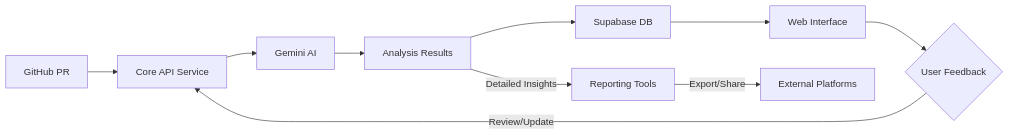
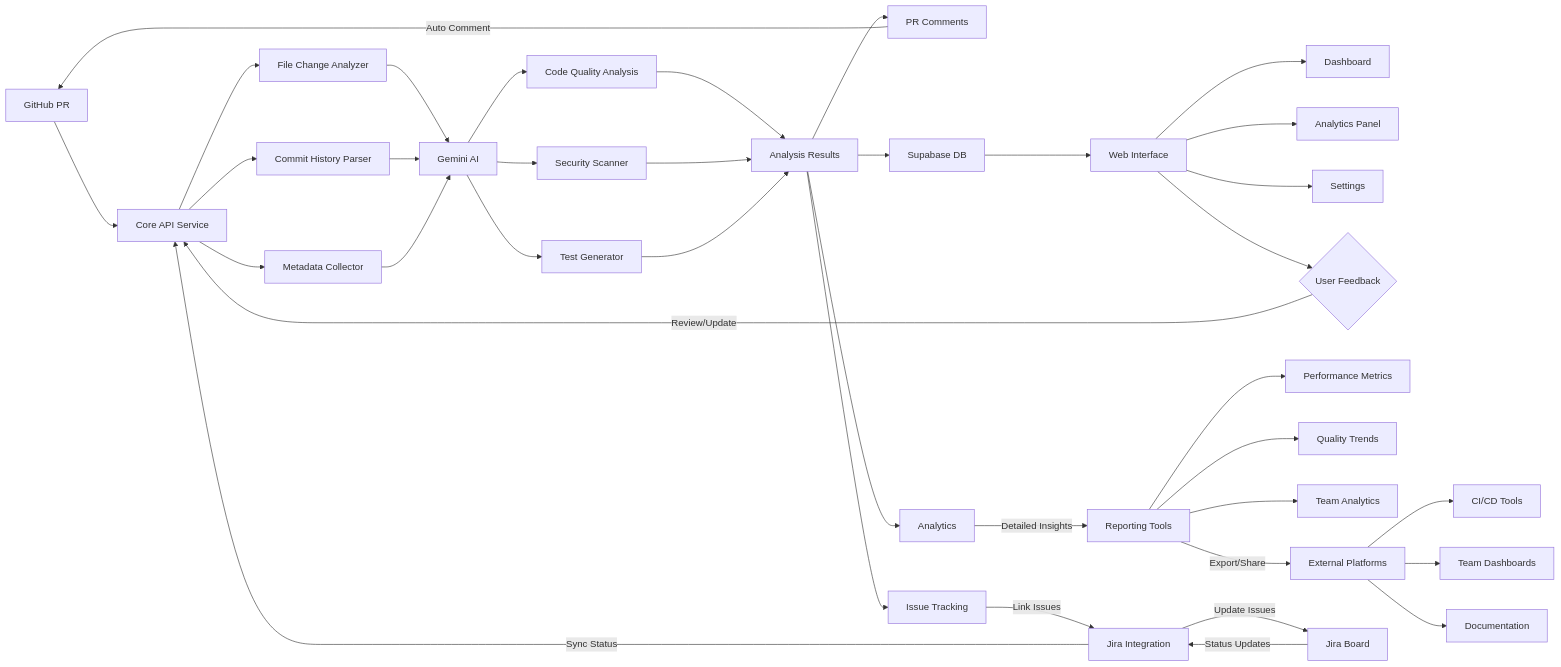
Before and after one commit to mohswell/mintify: the diagram in README.md, drawn with Mermaid. The commit also changed other lines of this file, not shown here.

Commit message:
docs(README): enhance documentation with Jira integration details and key features

````diff
--- a/README.md
+++ b/README.md
@@ -118,12 +147,46 @@
 ```mermaid
 flowchart LR
     A[GitHub PR] --> B[Core API Service]
-    B --> C[Gemini AI]
-    C --> D[Analysis Results]
+    B --> B1[File Change Analyzer]
+    B --> B2[Commit History Parser]
+    B --> B3[Metadata Collector]
+    
+    B1 & B2 & B3 --> C[Gemini AI]
+    
+    C --> C1[Code Quality Analysis]
+    C --> C2[Security Scanner]
+    C --> C3[Test Generator]
+    
+    C1 & C2 & C3 --> D[Analysis Results]
+    
+    D --> D1[PR Comments]
+    D --> D2[Issue Tracking]
+    D --> D3[Analytics]
+    
+    D1 -->|Auto Comment| A
+    D2 -->|Link Issues| J[Jira Integration]
+    
     D --> E[Supabase DB]
     E --> F[Web Interface]
+    
+    F --> F1[Dashboard]
+    F --> F2[Analytics Panel]
+    F --> F3[Settings]
+    
     F --> G{User Feedback}
     G -->|Review/Update| B
-    D -->|Detailed Insights| H[Reporting Tools]
+    
+    D3 -->|Detailed Insights| H[Reporting Tools]
+    H --> H1[Performance Metrics]
+    H --> H2[Quality Trends]
+    H --> H3[Team Analytics]
+    
     H -->|Export/Share| I[External Platforms]
+    I --> I1[CI/CD Tools]
+    I --> I2[Team Dashboards]
+    I --> I3[Documentation]
+    
+    J -->|Sync Status| B
+    J -->|Update Issues| J1[Jira Board]
+    J1 -->|Status Updates| J
 ```
````
